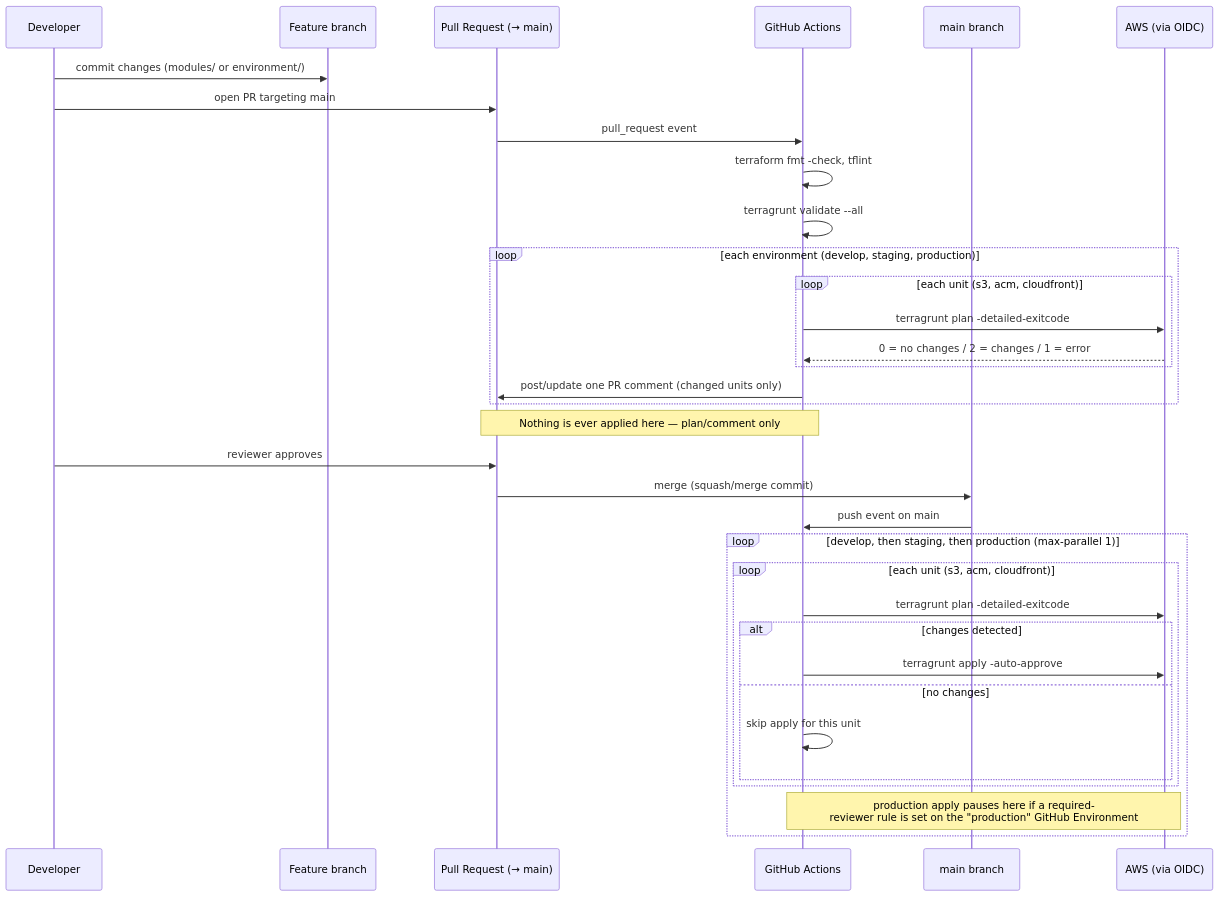
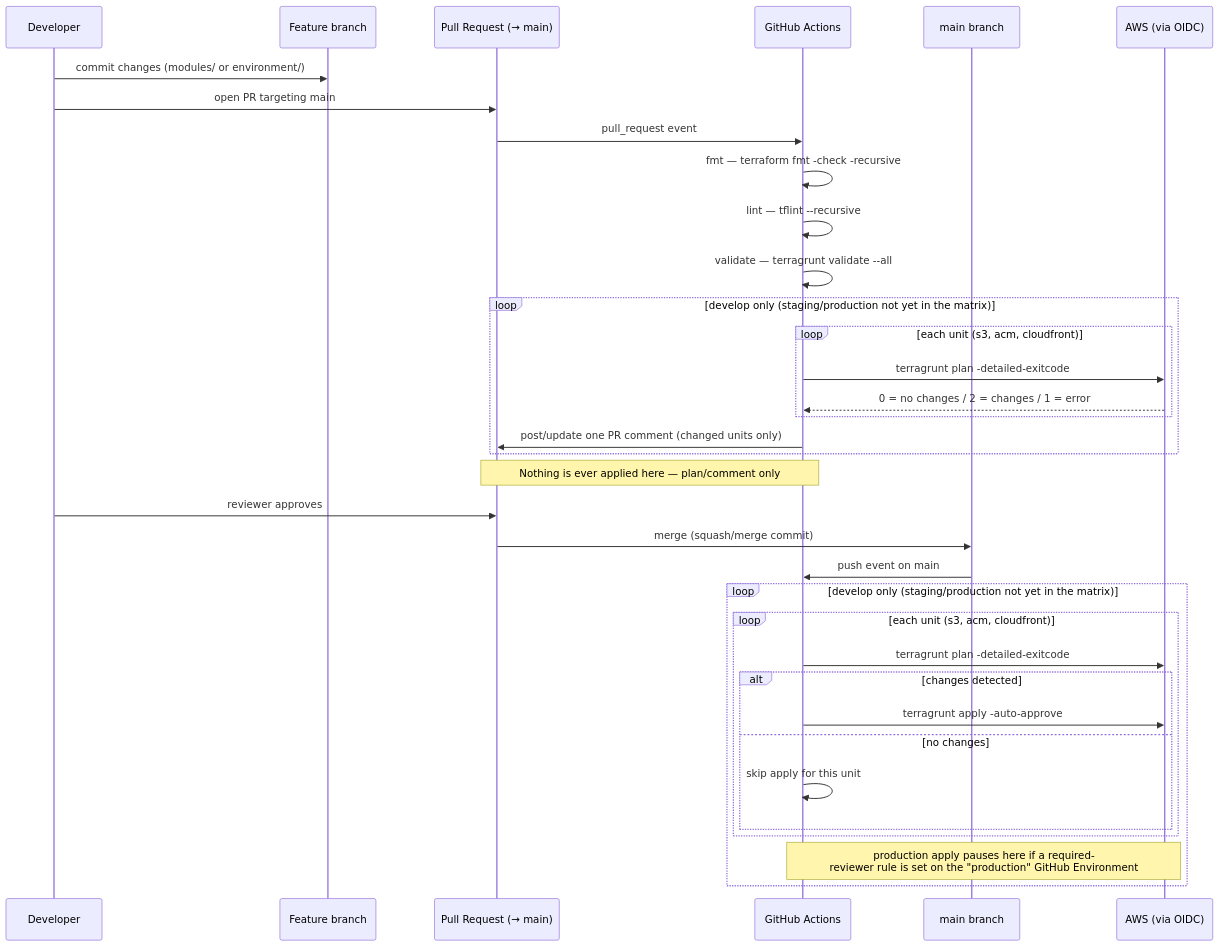
One commit to ihusnainalii/terraform-s3-cloudfront changed the diagram in README.md. Above: the diagram before and after it, drawn with Mermaid. The commit also changed other lines of this file and 1 other file, not shown here.

First line of the commit message:
Scope CI/CD pipeline to develop only and rename workflow

````diff
--- a/README.md
+++ b/README.md
@@ -93,37 +98,38 @@
 ```mermaid
 sequenceDiagram
     participant Dev as Developer
     participant Branch as Feature branch
     participant PR as Pull Request (→ main)
     participant CI as GitHub Actions
     participant Main as main branch
     participant AWS as AWS (via OIDC)
 
     Dev->>Branch: commit changes (modules/ or environment/)
     Dev->>PR: open PR targeting main
     PR->>CI: pull_request event
-    CI->>CI: terraform fmt -check, tflint
-    CI->>CI: terragrunt validate --all
-    loop each environment (develop, staging, production)
+    CI->>CI: fmt — terraform fmt -check -recursive
+    CI->>CI: lint — tflint --recursive
+    CI->>CI: validate — terragrunt validate --all
+    loop develop only (staging/production not yet in the matrix)
         loop each unit (s3, acm, cloudfront)
             CI->>AWS: terragrunt plan -detailed-exitcode
             AWS-->>CI: 0 = no changes / 2 = changes / 1 = error
         end
         CI->>PR: post/update one PR comment (changed units only)
     end
     Note over CI,PR: Nothing is ever applied here — plan/comment only
     Dev->>PR: reviewer approves
     PR->>Main: merge (squash/merge commit)
     Main->>CI: push event on main
-    loop develop, then staging, then production (max-parallel 1)
+    loop develop only (staging/production not yet in the matrix)
         loop each unit (s3, acm, cloudfront)
             CI->>AWS: terragrunt plan -detailed-exitcode
             alt changes detected
                 CI->>AWS: terragrunt apply -auto-approve
             else no changes
                 CI->>CI: skip apply for this unit
             end
         end
         Note over CI,AWS: production apply pauses here if a required-<br/>reviewer rule is set on the "production" GitHub Environment
     end
 ```
````
